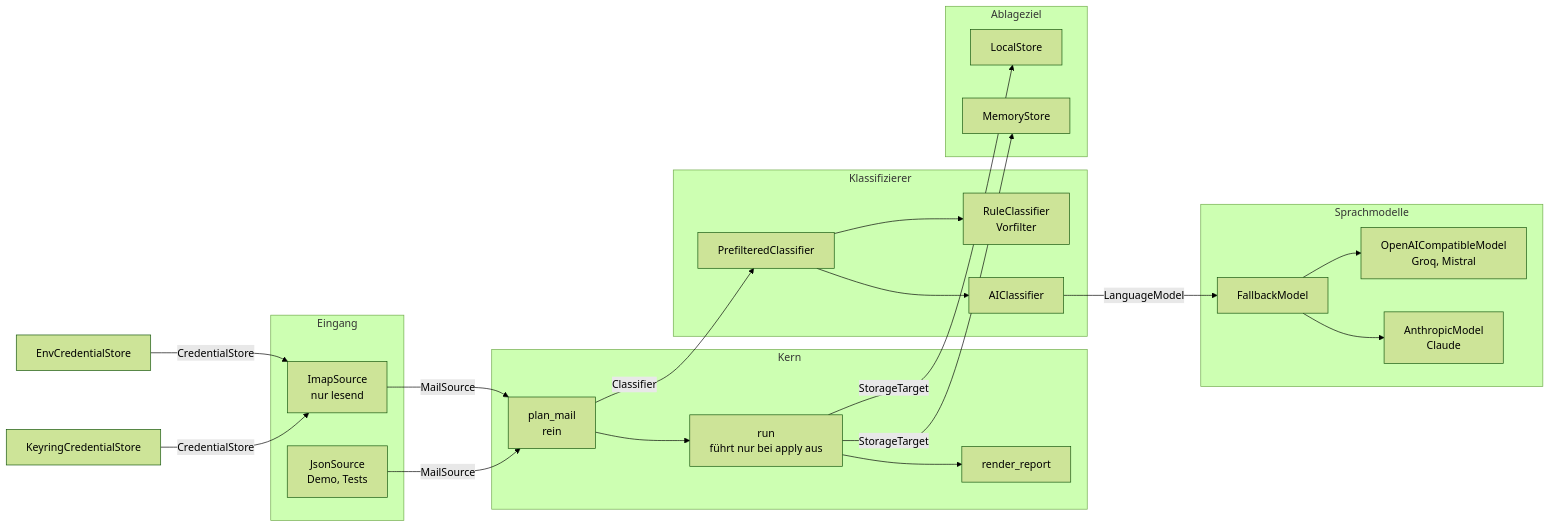
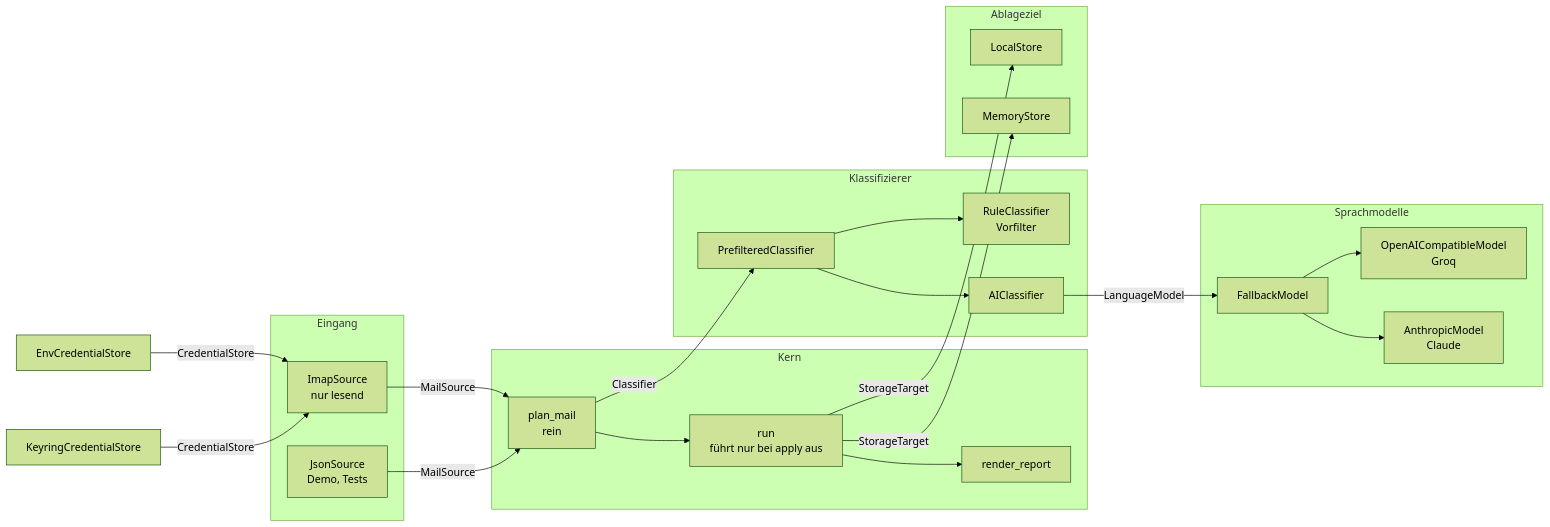
The first of 2 diagrams in docs/architecture.md (trais92/paperpilot), drawn with Mermaid (forest theme) before and after one commit. The commit also changed other lines of this file and 19 other files, not shown here.

````diff
--- a/docs/architecture.md
+++ b/docs/architecture.md
@@ -9,28 +9,28 @@
 ```mermaid
 flowchart LR
     subgraph Adapter_ein[Eingang]
         IMAP[ImapSource<br/>nur lesend]
         JSON[JsonSource<br/>Demo, Tests]
     end
     subgraph Kern
         PL[plan_mail<br/>rein] --> RUN[run<br/>führt nur bei apply aus]
         RUN --> REP[render_report]
     end
     subgraph Adapter_ki[Klassifizierer]
         PF[PrefilteredClassifier] --> RC[RuleClassifier<br/>Vorfilter]
         PF --> AI[AIClassifier]
     end
     subgraph Adapter_lm[Sprachmodelle]
-        FB[FallbackModel] --> OC[OpenAICompatibleModel<br/>Groq, Mistral]
+        FB[FallbackModel] --> OC[OpenAICompatibleModel<br/>Groq]
         FB --> AN[AnthropicModel<br/>Claude]
     end
     subgraph Adapter_aus[Ablageziel]
         LS[LocalStore]
         MS[MemoryStore]
     end
     IMAP & JSON -- MailSource --> PL
     PL -- Classifier --> PF
     AI -- LanguageModel --> FB
     RUN -- StorageTarget --> LS & MS
     ENV[EnvCredentialStore] & KR[KeyringCredentialStore] -- CredentialStore --> IMAP
 ```
````
